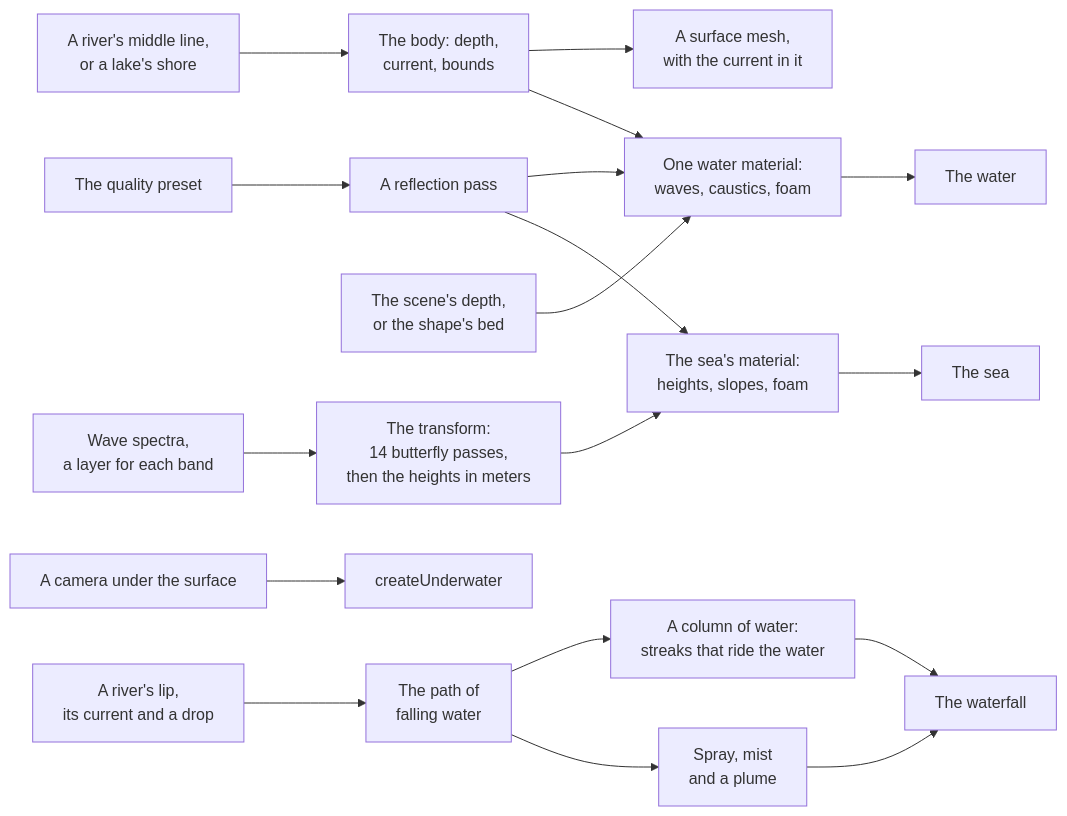
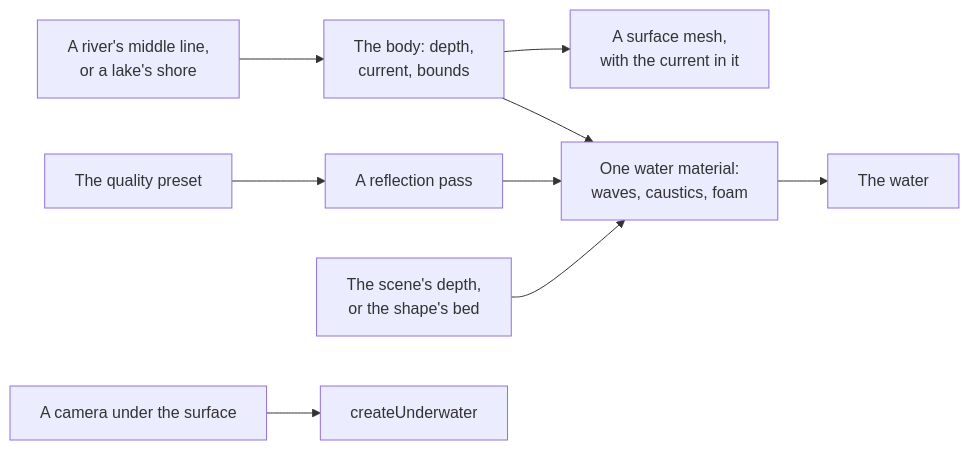
Before and after one commit to null3d-engine/null3d: the first of 3 diagrams in docs/api/water.md, drawn with Mermaid. The commit also changed other lines of this file and 175 other files, not shown here.

````diff
--- a/docs/api/water.md
+++ b/docs/api/water.md
@@ -13,20 +9,11 @@
 ```mermaid
 flowchart LR
     shape["A river's middle line,<br/>or a lake's shore"] --> body["The body: depth,<br/>current, bounds"]
     body --> mesh["A surface mesh,<br/>with the current in it"]
     body --> material["One water material:<br/>waves, caustics, foam"]
     mirror["A reflection pass"] --> material
     bed["The scene's depth,<br/>or the shape's bed"] --> material
     material --> screen["The water"]
-    spectrum["Wave spectra,<br/>a layer for each band"] --> chain["The transform:<br/>14 butterfly passes,<br/>then the heights in meters"]
-    chain --> sea["The sea's material:<br/>heights, slopes, foam"]
-    mirror --> sea
-    sea --> ocean["The sea"]
     preset["The quality preset"] --> mirror
     camera["A camera under the surface"] --> under["createUnderwater"]
-    lip["A river's lip,<br/>its current and a drop"] --> path["The path of<br/>falling water"]
-    path --> sheet["A column of water:<br/>streaks that ride the water"]
-    path --> spray["Spray, mist<br/>and a plume"]
-    sheet --> fall["The waterfall"]
-    spray --> fall
 ```
````
